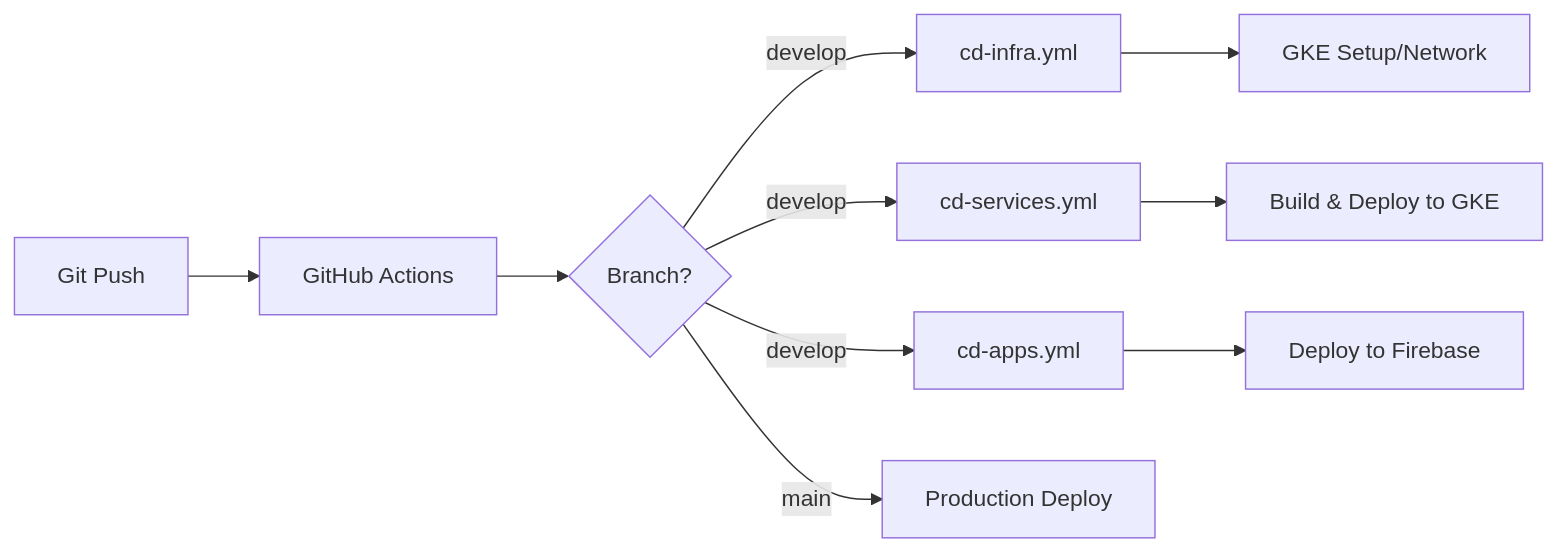
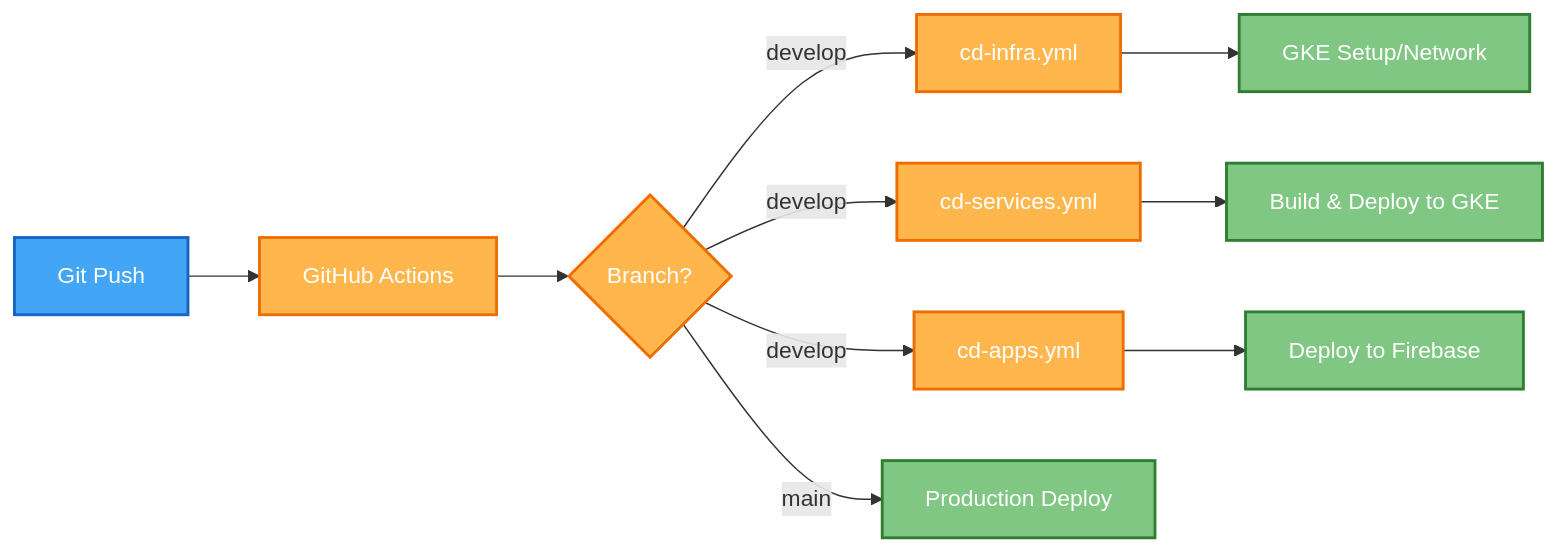
The seventh of 7 diagrams in docs/architecture/SYSTEM.md (uniyous/parkgolf-platform), drawn with Mermaid before and after one commit. The commit also changed other lines of this file and 5 other files, not shown here.

First line of the commit message:
docs: 다이어그램 체계 정비 및 문서 개선

````diff
--- a/docs/architecture/SYSTEM.md
+++ b/docs/architecture/SYSTEM.md
@@ -844,12 +593,27 @@
 ```mermaid
 graph LR
-    A[Git Push] --> B[GitHub Actions]
-    B --> C{Branch?}
-    C -->|develop| D[cd-infra.yml]
-    C -->|develop| E[cd-services.yml]
-    C -->|develop| F[cd-apps.yml]
-    D --> G[GKE Setup/Network]
-    E --> H[Build & Deploy to GKE]
-    F --> I[Deploy to Firebase]
-    C -->|main| J[Production Deploy]
+  classDef trigger fill:#42a5f5,stroke:#1565c0,stroke-width:2px,color:#fff
+  classDef ci fill:#ffb74d,stroke:#ef6c00,stroke-width:2px,color:#fff
+  classDef deploy fill:#81c784,stroke:#2e7d32,stroke-width:2px,color:#fff
+
+  A["Git Push"]:::trigger
+  B["GitHub Actions"]:::ci
+  C{"Branch?"}:::ci
+  D["cd-infra.yml"]:::ci
+  E["cd-services.yml"]:::ci
+  F["cd-apps.yml"]:::ci
+  G["GKE Setup/Network"]:::deploy
+  H["Build & Deploy to GKE"]:::deploy
+  I["Deploy to Firebase"]:::deploy
+  J["Production Deploy"]:::deploy
+
+  A --> B
+  B --> C
+  C -->|develop| D
+  C -->|develop| E
+  C -->|develop| F
+  D --> G
+  E --> H
+  F --> I
+  C -->|main| J
 ```
````
